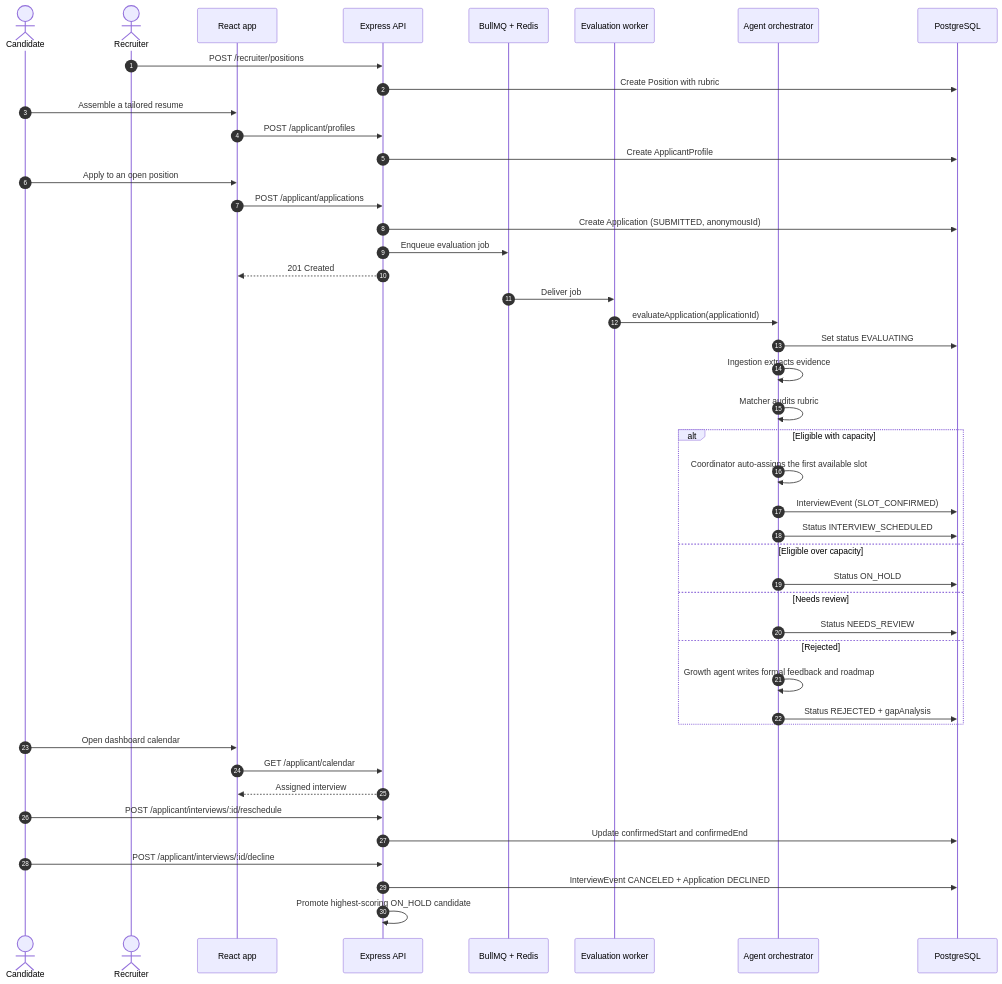
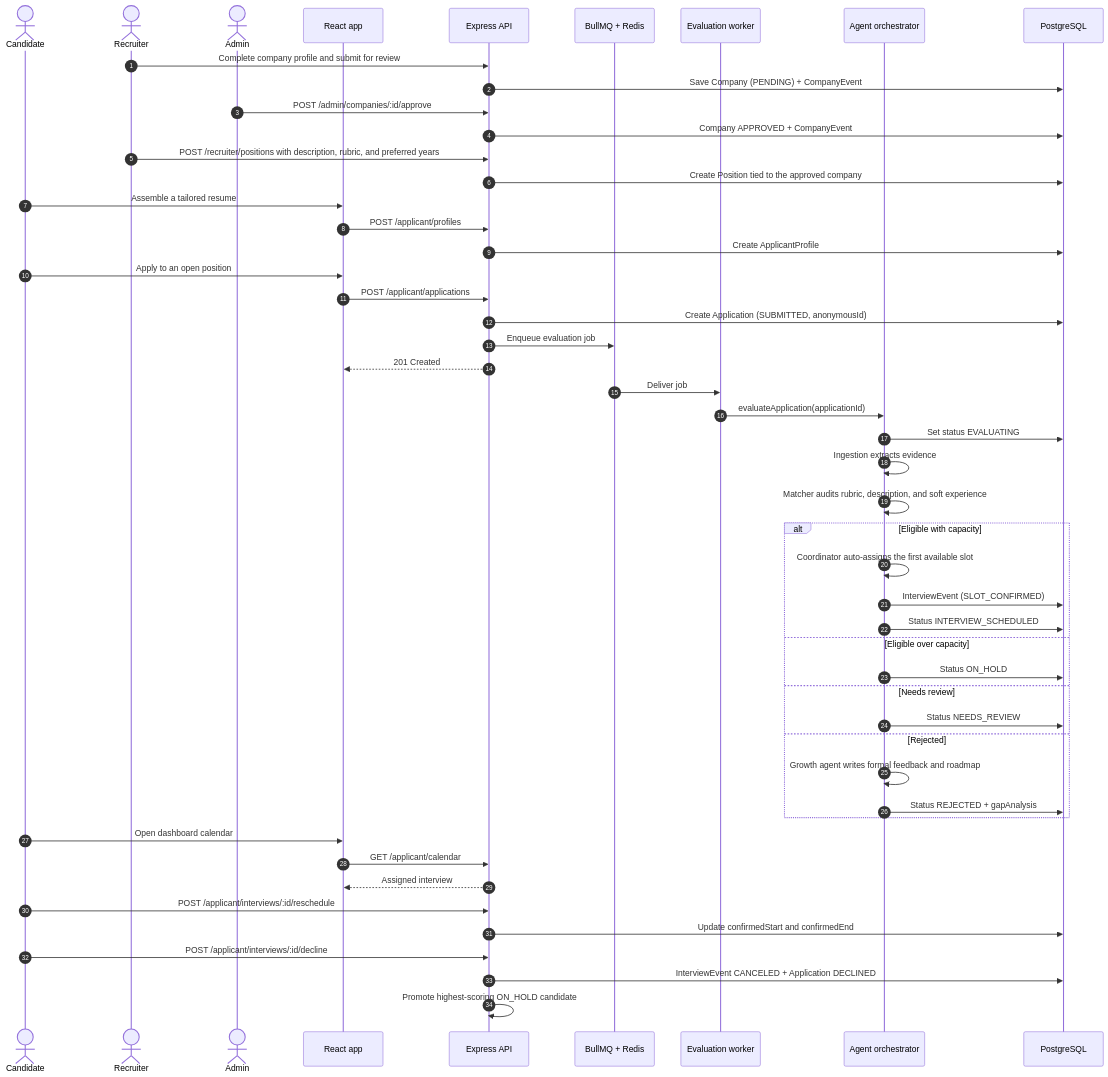
Before and after one commit to abderrahmenex86/Skillora: the third of 4 diagrams in README.md, drawn with Mermaid. The commit also changed other lines of this file and 1 other file, not shown here.

Commit message:
docs: document company onboarding and job creation

````diff
--- a/README.md
+++ b/README.md
@@ -176,53 +182,58 @@
 ```mermaid
 sequenceDiagram
     autonumber
     actor C as Candidate
     actor R as Recruiter
+    actor A as Admin
     participant UI as React app
     participant API as Express API
     participant Q as BullMQ + Redis
     participant W as Evaluation worker
     participant O as Agent orchestrator
     participant DB as PostgreSQL
 
-    R->>API: POST /recruiter/positions
-    API->>DB: Create Position with rubric
+    R->>API: Complete company profile and submit for review
+    API->>DB: Save Company (PENDING) + CompanyEvent
+    A->>API: POST /admin/companies/:id/approve
+    API->>DB: Company APPROVED + CompanyEvent
+    R->>API: POST /recruiter/positions with description, rubric, and preferred years
+    API->>DB: Create Position tied to the approved company
 
     C->>UI: Assemble a tailored resume
     UI->>API: POST /applicant/profiles
     API->>DB: Create ApplicantProfile
 
     C->>UI: Apply to an open position
     UI->>API: POST /applicant/applications
     API->>DB: Create Application (SUBMITTED, anonymousId)
     API->>Q: Enqueue evaluation job
     API-->>UI: 201 Created
 
     Q->>W: Deliver job
     W->>O: evaluateApplication(applicationId)
     O->>DB: Set status EVALUATING
     O->>O: Ingestion extracts evidence
-    O->>O: Matcher audits rubric
+    O->>O: Matcher audits rubric, description, and soft experience
 
     alt Eligible with capacity
         O->>O: Coordinator auto-assigns the first available slot
         O->>DB: InterviewEvent (SLOT_CONFIRMED)
         O->>DB: Status INTERVIEW_SCHEDULED
     else Eligible over capacity
         O->>DB: Status ON_HOLD
     else Needs review
         O->>DB: Status NEEDS_REVIEW
     else Rejected
         O->>O: Growth agent writes formal feedback and roadmap
         O->>DB: Status REJECTED + gapAnalysis
     end
 
     C->>UI: Open dashboard calendar
     UI->>API: GET /applicant/calendar
     API-->>UI: Assigned interview
     C->>API: POST /applicant/interviews/:id/reschedule
     API->>DB: Update confirmedStart and confirmedEnd
     C->>API: POST /applicant/interviews/:id/decline
     API->>DB: InterviewEvent CANCELED + Application DECLINED
     API->>API: Promote highest-scoring ON_HOLD candidate
 ```
````
